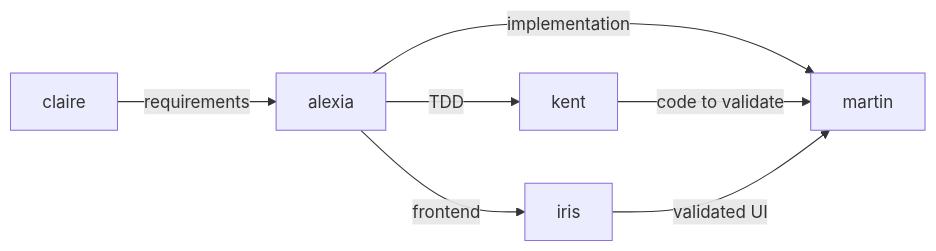
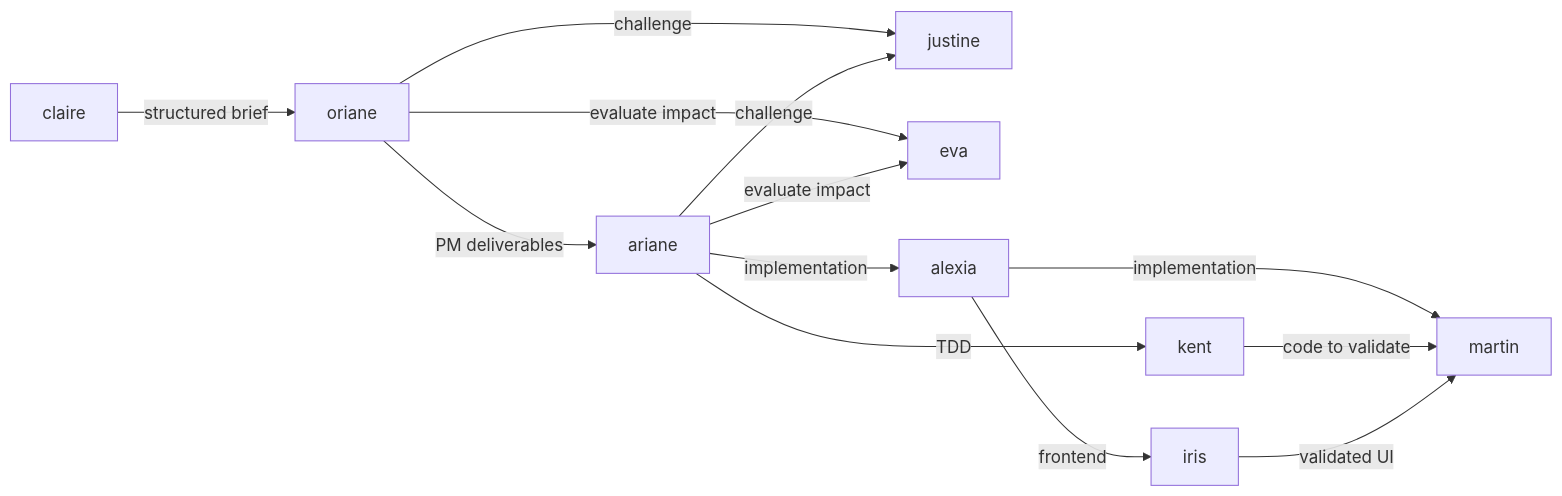
Before and after one commit to ai-driven-dev/framework: the diagram in aidd_docs/templates/aidd/agents_coordination.md, drawn with Mermaid. The commit also changed other lines of this file and 39 other files, not shown here.

````diff
--- a/aidd_docs/templates/aidd/agents_coordination.md
+++ b/aidd_docs/templates/aidd/agents_coordination.md
@@ -20,9 +24,15 @@
 ```mermaid
 graph LR
-    claire -->|requirements| alexia
+    claire -->|structured brief| oriane
+    oriane -->|PM deliverables| ariane
+    oriane -->|challenge| justine
+    oriane -->|evaluate impact| eva
+    ariane -->|challenge| justine
+    ariane -->|evaluate impact| eva
+    ariane -->|implementation| alexia
+    ariane -->|TDD| kent
     alexia -->|implementation| martin
     alexia -->|frontend| iris
-    alexia -->|TDD| kent
     kent -->|code to validate| martin
     iris -->|validated UI| martin
 ```
````
